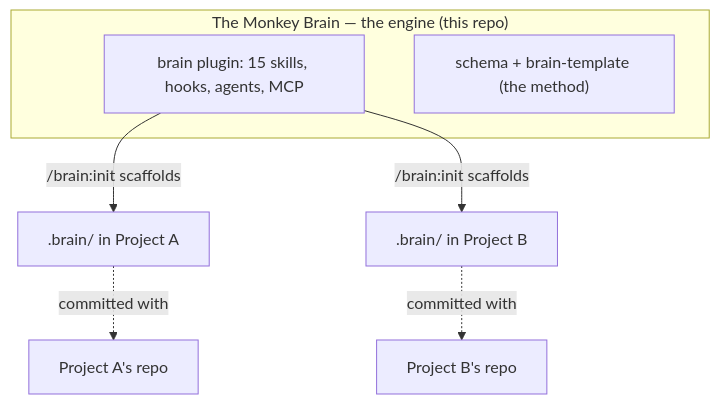
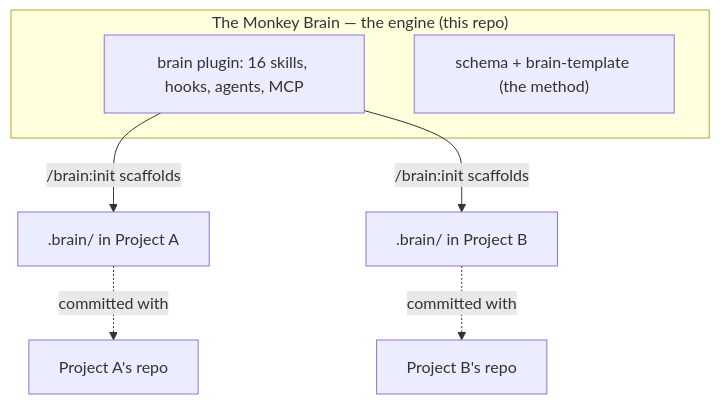
Before and after one commit to NeamulMorshed/The-Monkey-Brain: the second of 2 diagrams in README.md, drawn with Mermaid. The commit also changed other lines of this file and 15 other files, not shown here.

````diff
--- a/README.md
+++ b/README.md
@@ -217,11 +220,11 @@
 ```mermaid
 flowchart TB
     subgraph Engine["The Monkey Brain — the engine (this repo)"]
-        P["brain plugin: 15 skills, hooks, agents, MCP"]
+        P["brain plugin: 16 skills, hooks, agents, MCP"]
         BT["schema + brain-template (the method)"]
     end
     P -->|/brain:init scaffolds| I1[".brain/ in Project A"]
     P -->|/brain:init scaffolds| I2[".brain/ in Project B"]
     I1 -.committed with.-> RA["Project A's repo"]
     I2 -.committed with.-> RB["Project B's repo"]
 ```
````
